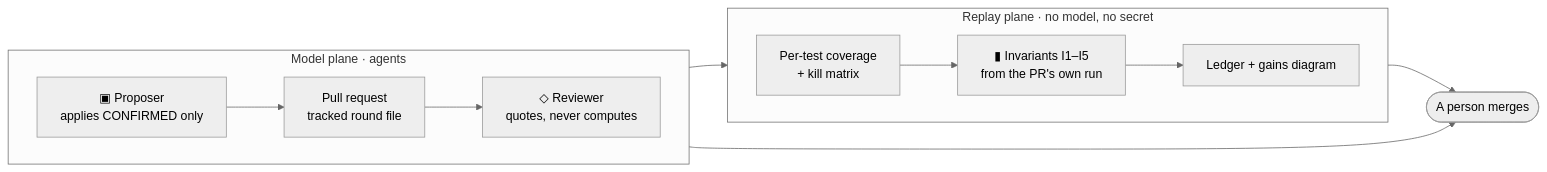
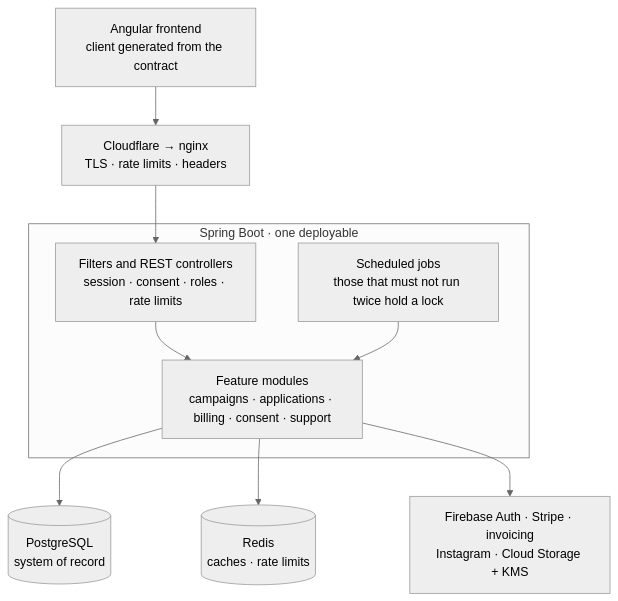
Before and after one commit to Check-It-Out-Dev/checkitout-backend: the diagram in README.md, drawn with Mermaid (neutral theme). The commit also changed other lines of this file and 32 other files, not shown here.

````diff
--- a/README.md
+++ b/README.md
@@ -394,16 +59,18 @@
 ```mermaid
-flowchart LR
-  subgraph model["Model plane · agents"]
-    direction LR
-    P["▣ Proposer<br/>applies CONFIRMED only"] --> PR["Pull request<br/>tracked round file"]
-    PR --> R["◇ Reviewer<br/>quotes, never computes"]
-  end
-  subgraph replay["Replay plane · no model, no secret"]
-    direction LR
-    M["Per-test coverage<br/>+ kill matrix"] --> G["▮ Invariants I1–I5<br/>from the PR's own run"]
-    G --> L["Ledger + gains diagram"]
-  end
-  PR --> G
-  L --> H(["A person merges"])
-  R --> H
+flowchart TB
+    FE["Angular frontend<br/>client generated from the contract"]
+    EDGE["Cloudflare → nginx<br/>TLS · rate limits · headers"]
+    FE --> EDGE --> API
+
+    subgraph APP["Spring Boot · one deployable"]
+        API["Filters and REST controllers<br/>session · consent · roles · rate limits"]
+        JOB["Scheduled jobs<br/>those that must not run twice hold a lock"]
+        SVC["Feature modules<br/>campaigns · applications · billing · consent · support"]
+        API --> SVC
+        JOB --> SVC
+    end
+
+    SVC --> PG[("PostgreSQL<br/>system of record")]
+    SVC --> RD[("Redis<br/>caches · rate limits")]
+    SVC --> EXT["Firebase Auth · Stripe · invoicing<br/>Instagram · Cloud Storage + KMS"]
 ```
````
